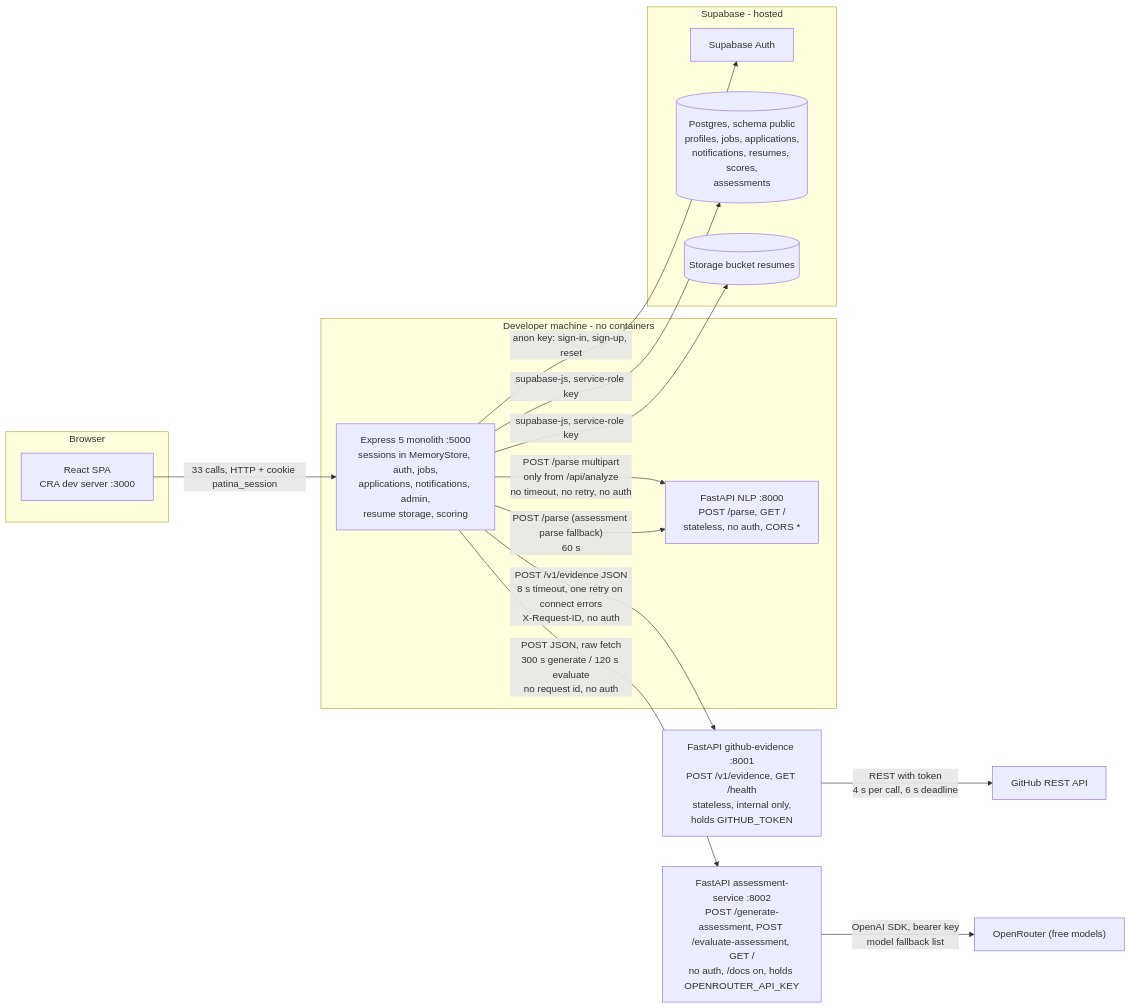
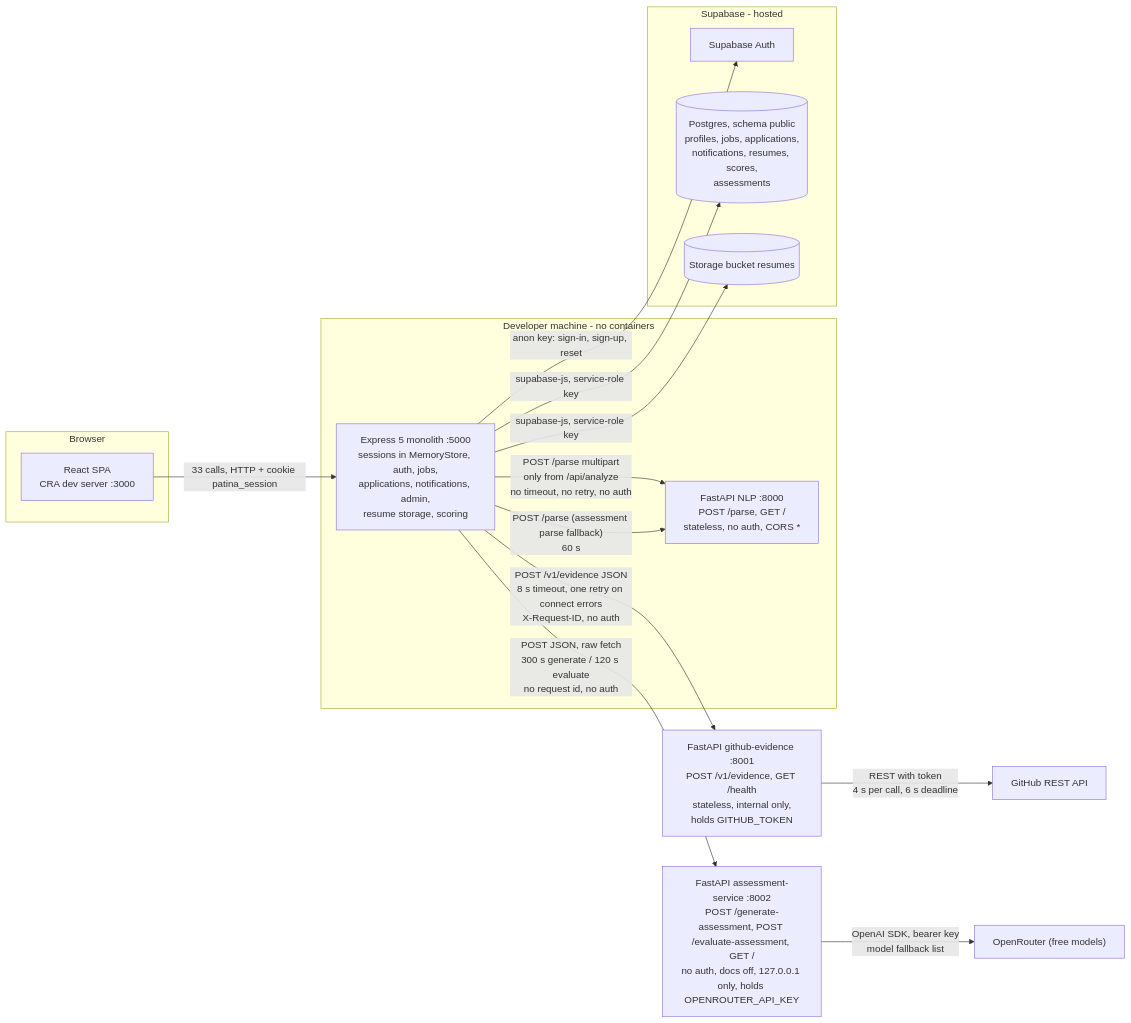
One commit to C72-BTECH-PROJECT/Patina changed the first of 2 diagrams in ARCHITECTURE.md. Above: the diagram before and after it, drawn with Mermaid. The commit also changed other lines of this file and 35 other files, not shown here.

````diff
--- a/ARCHITECTURE.md
+++ b/ARCHITECTURE.md
@@ -49,29 +49,29 @@
 ```mermaid
 flowchart LR
   subgraph browser [Browser]
     FE["React SPA<br/>CRA dev server :3000"]
   end
   subgraph host [Developer machine - no containers]
     BE["Express 5 monolith :5000<br/>sessions in MemoryStore, auth, jobs,<br/>applications, notifications, admin,<br/>resume storage, scoring"]
     NLP["FastAPI NLP :8000<br/>POST /parse, GET /<br/>stateless, no auth, CORS *"]
   end
   subgraph supa [Supabase - hosted]
     AUTH["Supabase Auth"]
     DB[("Postgres, schema public<br/>profiles, jobs, applications,<br/>notifications, resumes, scores,<br/>assessments")]
     ST[("Storage bucket resumes")]
   end
   GHE["FastAPI github-evidence :8001<br/>POST /v1/evidence, GET /health<br/>stateless, internal only,<br/>holds GITHUB_TOKEN"]
   GHAPI["GitHub REST API"]
-  AS["FastAPI assessment-service :8002<br/>POST /generate-assessment, POST /evaluate-assessment, GET /<br/>no auth, /docs on, holds OPENROUTER_API_KEY"]
+  AS["FastAPI assessment-service :8002<br/>POST /generate-assessment, POST /evaluate-assessment, GET /<br/>no auth, docs off, 127.0.0.1 only, holds OPENROUTER_API_KEY"]
   LLM["OpenRouter (free models)"]
   FE -->|"33 calls, HTTP + cookie patina_session"| BE
   BE -->|"POST /parse multipart<br/>only from /api/analyze<br/>no timeout, no retry, no auth"| NLP
   BE -->|"POST /v1/evidence JSON<br/>8 s timeout, one retry on connect errors<br/>X-Request-ID, no auth"| GHE
   GHE -->|"REST with token<br/>4 s per call, 6 s deadline"| GHAPI
   BE -->|"supabase-js, service-role key"| DB
   BE -->|"supabase-js, service-role key"| ST
   BE -->|"anon key: sign-in, sign-up, reset"| AUTH
   BE -->|"POST JSON, raw fetch<br/>300 s generate / 120 s evaluate<br/>no request id, no auth"| AS
   BE -->|"POST /parse (assessment parse fallback)<br/>60 s"| NLP
   AS -->|"OpenAI SDK, bearer key<br/>model fallback list"| LLM
 ```
````
